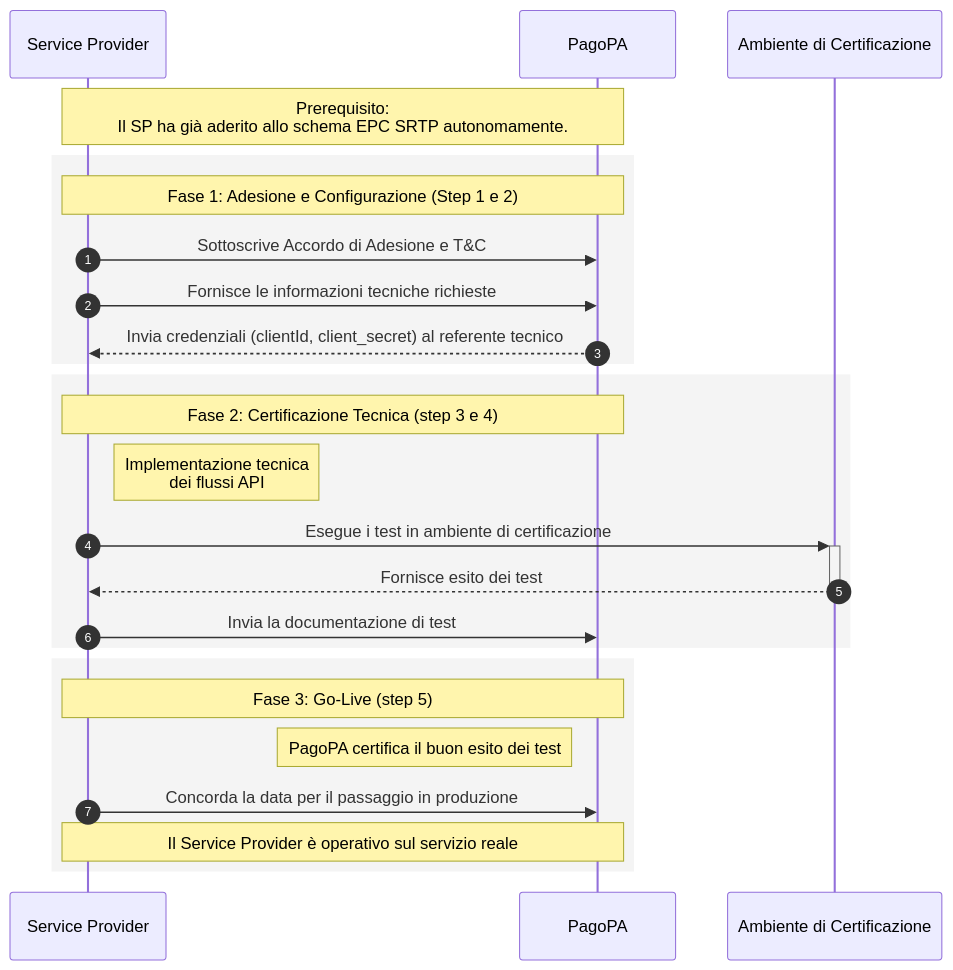
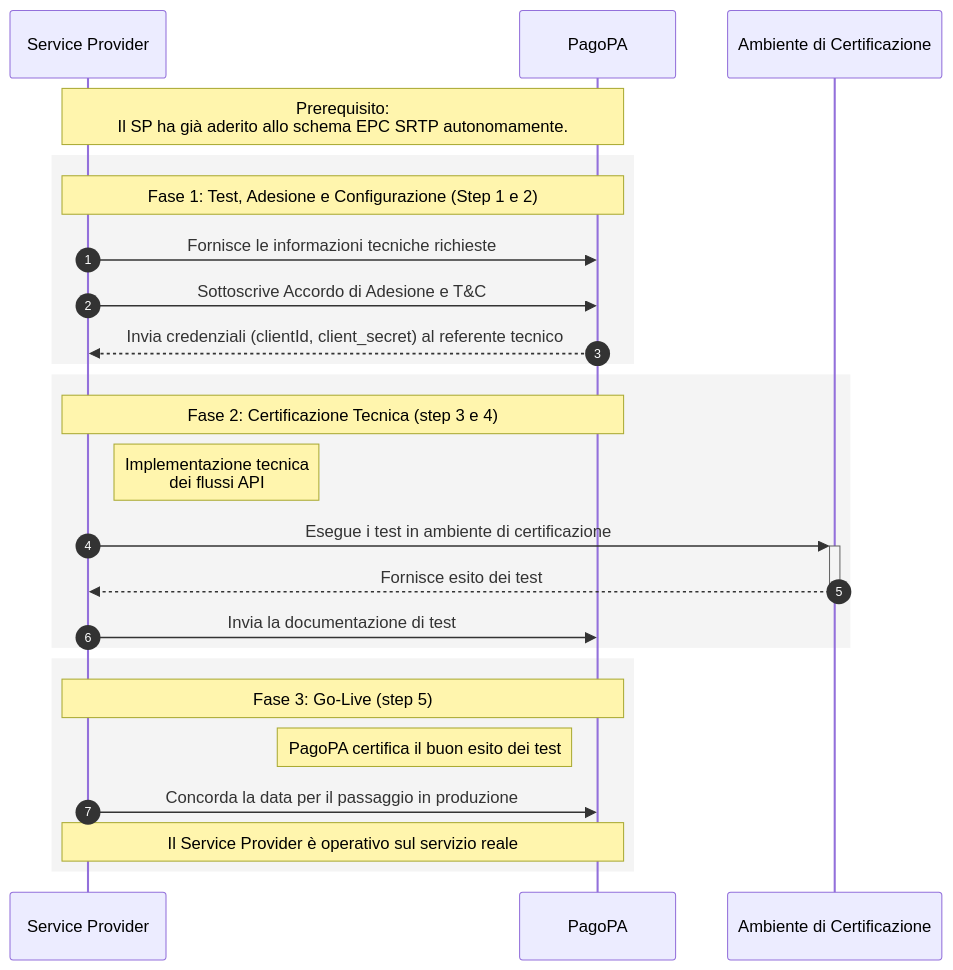
The diagram in docs/ehvH7YE5R9GDHFFfnCv1/tutorial/come-aderire-al-servizio.md (pagopa/devportal-docs), drawn with Mermaid before and after one commit. The commit also changed other lines of this file and 13 other files, not shown here.

````diff
--- a/docs/ehvH7YE5R9GDHFFfnCv1/tutorial/come-aderire-al-servizio.md
+++ b/docs/ehvH7YE5R9GDHFFfnCv1/tutorial/come-aderire-al-servizio.md
@@ -85,32 +85,32 @@
 ```mermaid
 sequenceDiagram
     autonumber
 
     participant SP as Service Provider
     participant PPA as PagoPA
     participant UAT as Ambiente di Certificazione
 
     Note over SP, PPA: Prerequisito: <br> Il SP ha già aderito allo schema EPC SRTP autonomamente.
 
     rect rgba(240, 240, 240, 0.7)
-        note over SP, PPA: Fase 1: Adesione e Configurazione (Step 1 e 2)
+        note over SP, PPA: Fase 1: Test, Adesione e Configurazione (Step 1 e 2)
+        SP->>PPA: Fornisce le informazioni tecniche richieste
         SP->>PPA: Sottoscrive Accordo di Adesione e T&C
-        SP->>PPA: Fornisce le informazioni tecniche richieste
         PPA-->>SP: Invia credenziali (clientId, client_secret) al referente tecnico
     end
 
     rect rgba(240, 240, 240, 0.7)
         note over SP, PPA: Fase 2: Certificazione Tecnica (step 3 e 4)
         Note right of SP: Implementazione tecnica <br>dei flussi API
         SP->>+UAT: Esegue i test in ambiente di certificazione
         UAT-->>-SP: Fornisce esito dei test
         SP->>PPA: Invia la documentazione di test
     end
     
     rect rgba(240, 240, 240, 0.7)
         note over SP, PPA: Fase 3: Go-Live (step 5)
         Note left of PPA: PagoPA certifica il buon esito dei test
         SP->>PPA: Concorda la data per il passaggio in produzione
         Note over SP, PPA: Il Service Provider è operativo sul servizio reale
     end
 ```
````
